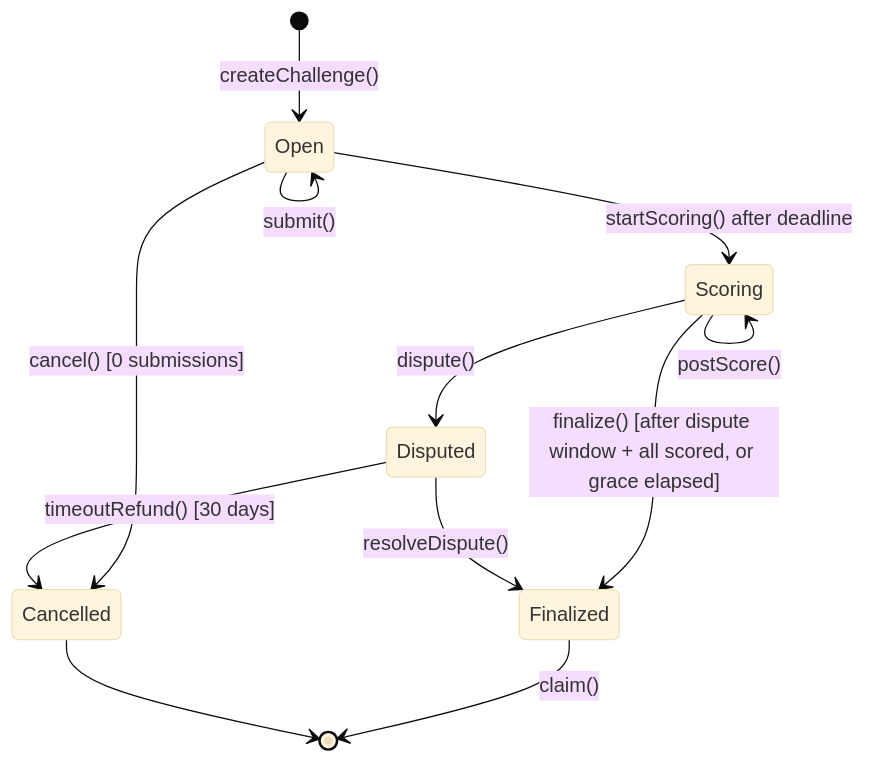
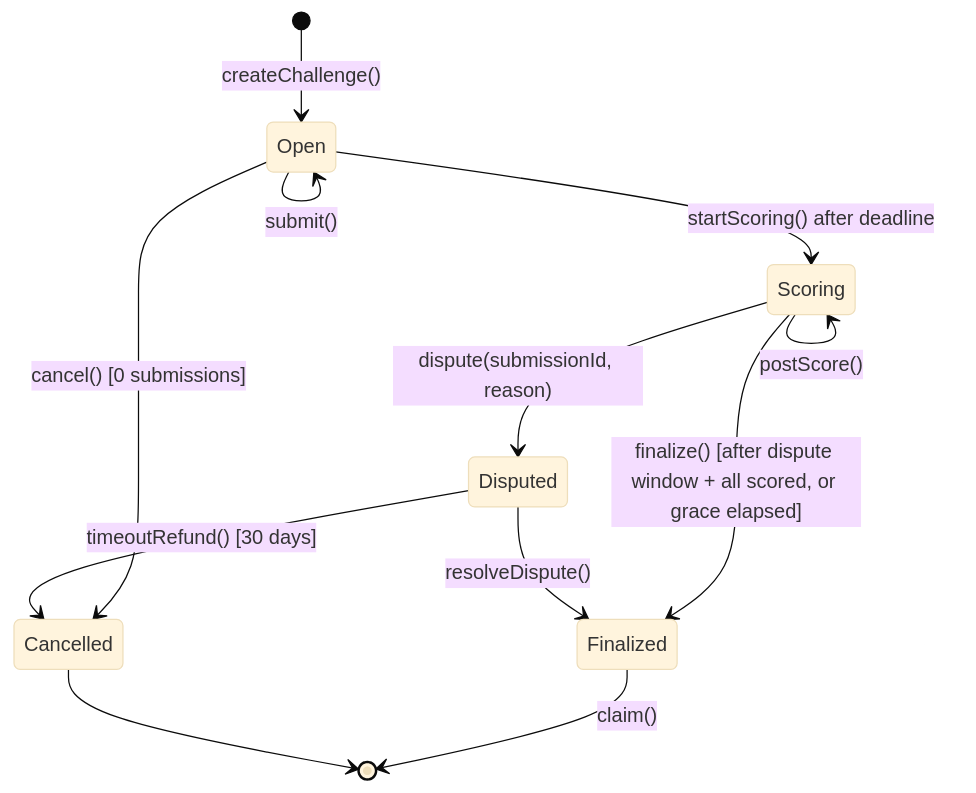
The first of 3 diagrams in docs/protocol.md (andymolecule/Hermes), drawn with Mermaid (base theme) before and after one commit. The commit also changed other lines of this file and 66 other files, not shown here.

First line of the commit message:
Make authoring agent-only and harden publish flow

````diff
--- a/docs/protocol.md
+++ b/docs/protocol.md
@@ -61,14 +61,14 @@
 ```mermaid
 stateDiagram-v2
     [*] --> Open : createChallenge()
     Open --> Open : submit()
     Open --> Scoring : startScoring() after deadline
     Open --> Cancelled : cancel() [0 submissions]
     Scoring --> Scoring : postScore()
-    Scoring --> Disputed : dispute()
+    Scoring --> Disputed : dispute(submissionId, reason)
     Scoring --> Finalized : finalize() [after dispute window + all scored, or grace elapsed]
     Disputed --> Finalized : resolveDispute()
     Disputed --> Cancelled : timeoutRefund() [30 days]
     Finalized --> [*] : claim()
     Cancelled --> [*]
 ```
````
